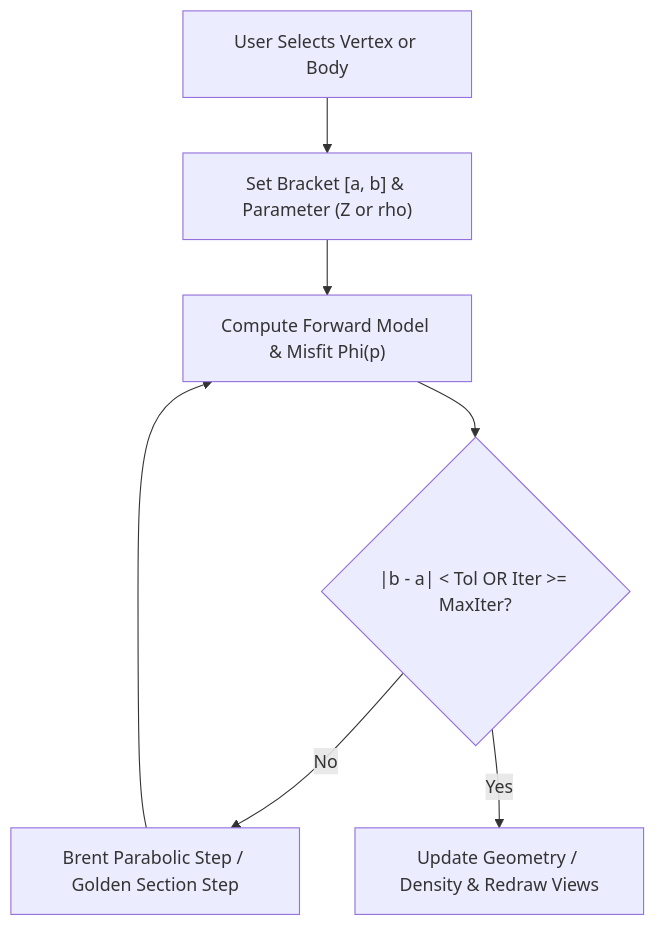
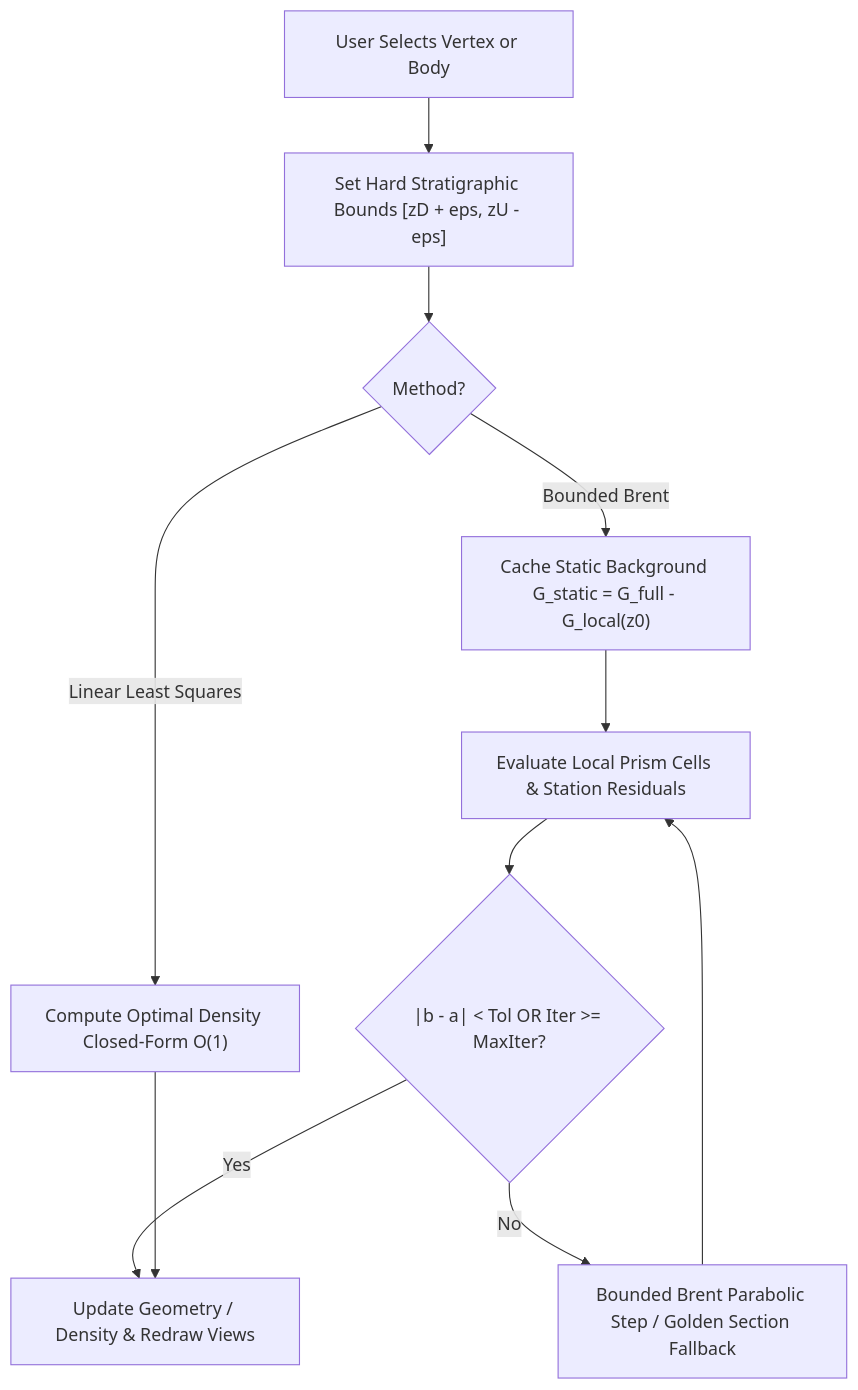
Before and after one commit to igorcerovsky/Mod3D: the first of 2 diagrams in docs/mod3d_spec.md, drawn with Mermaid. The commit also changed other lines of this file and 1 other file, not shown here.

````diff
--- a/docs/mod3d_spec.md
+++ b/docs/mod3d_spec.md
@@ -357,9 +357,13 @@
 ```mermaid
 graph TD
-    Start["User Selects Vertex or Body"] --> Init["Set Bracket [a, b] & Parameter (Z or rho)"]
-    Init --> Eval["Compute Forward Model & Misfit Phi(p)"]
+    Start["User Selects Vertex or Body"] --> Init["Set Hard Stratigraphic Bounds [zD + eps, zU - eps]"]
+    Init --> CheckMethod{"Method?"}
+    CheckMethod -- Linear Least Squares --> Direct["Compute Optimal Density Closed-Form O(1)"]
+    CheckMethod -- Bounded Brent --> Superpos["Cache Static Background G_static = G_full - G_local(z0)"]
+    Superpos --> Eval["Evaluate Local Prism Cells & Station Residuals"]
     Eval --> CheckConv{"|b - a| < Tol OR Iter >= MaxIter?"}
-    CheckConv -- No --> Update["Brent Parabolic Step / Golden Section Step"]
+    CheckConv -- No --> Update["Bounded Brent Parabolic Step / Golden Section Fallback"]
     Update --> Eval
     CheckConv -- Yes --> Done["Update Geometry / Density & Redraw Views"]
+    Direct --> Done
 ```
````
